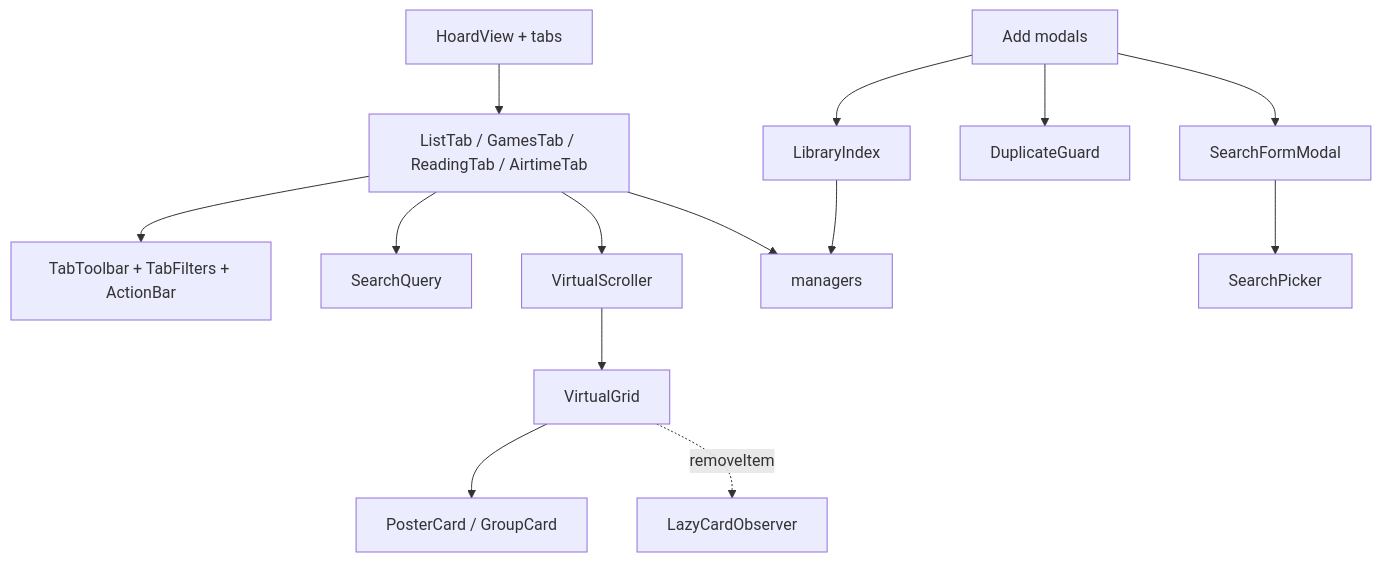
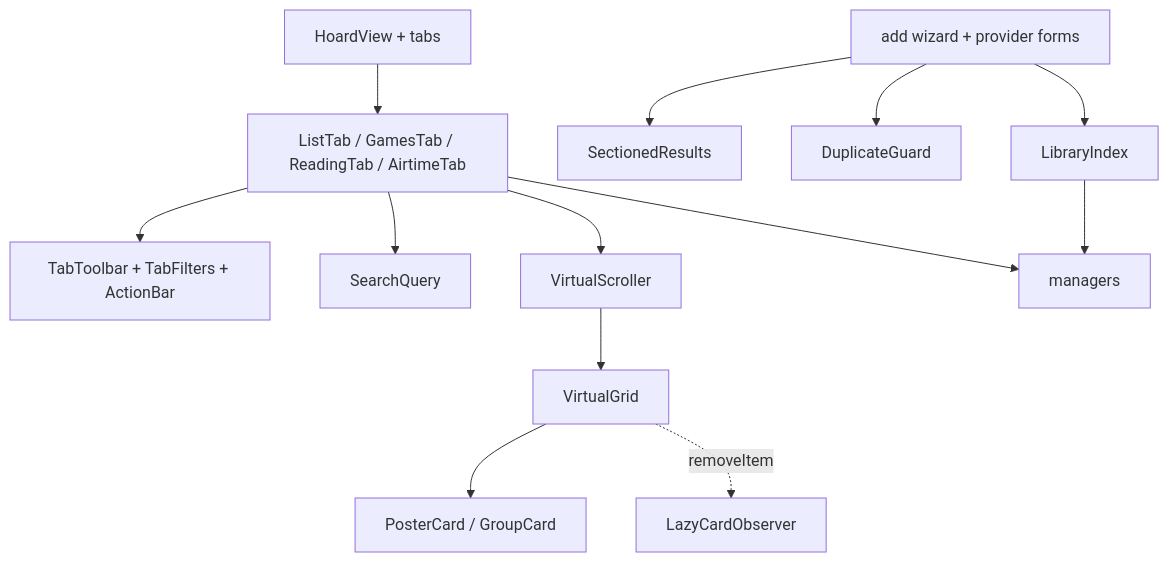
Before and after one commit to Macavity/obsidian-hoard: the diagram in docs/architecture/ui-kit.md, drawn with Mermaid. The commit also changed other lines of this file and 12 other files, not shown here.

````diff
--- a/docs/architecture/ui-kit.md
+++ b/docs/architecture/ui-kit.md
@@ -44,12 +44,12 @@
 ```mermaid
 flowchart TD
   HV[HoardView + tabs] --> Tab[ListTab / GamesTab / ReadingTab / AirtimeTab]
   Tab --> TB[TabToolbar + TabFilters + ActionBar]
   Tab --> SQ[SearchQuery]
   Tab --> VS[VirtualScroller] --> VG[VirtualGrid] --> PC[PosterCard / GroupCard]
   VG -. removeItem .-> LC[LazyCardObserver]
   Tab --> M[managers]
-  Add[Add modals] --> SFM[SearchFormModal] --> SP[SearchPicker]
+  Add[add wizard + provider forms] --> SR[SectionedResults]
   Add --> DG[DuplicateGuard]
   Add --> LI[LibraryIndex] --> M
 ```
````
